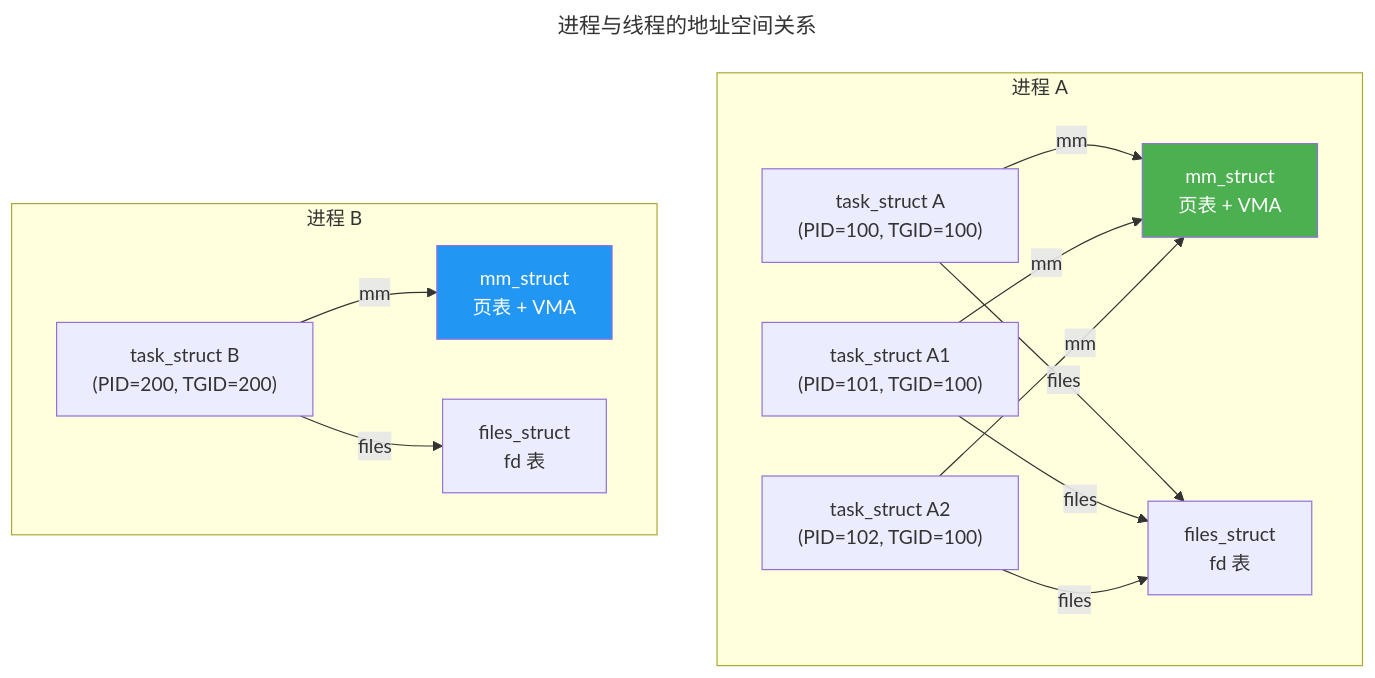
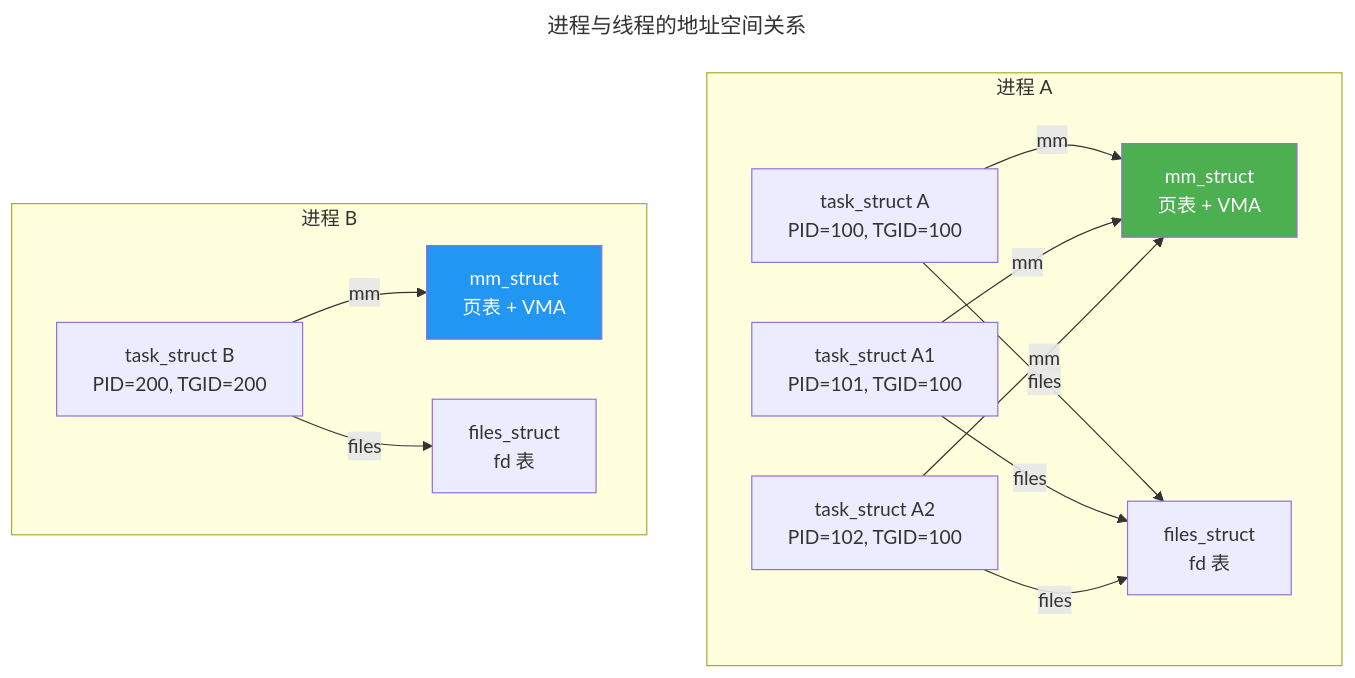
One commit to yadayanxue/silicon-strides changed the first of 2 diagrams in src/content/docs/03-qiankun/01-process-and-thread.md. Above: the diagram before and after it, drawn with Mermaid. The commit also changed other lines of this file and 7 other files, not shown here.

Commit message:
docs: 卷三内容深度补充——8章各加Mermaid图与深层论证

````diff
--- a/src/content/docs/03-qiankun/01-process-and-thread.md
+++ b/src/content/docs/03-qiankun/01-process-and-thread.md
@@ -33,32 +30,31 @@
 ```mermaid
 ---
 title: 进程与线程的地址空间关系
 ---
 graph TD
     subgraph PROC_A["进程 A"]
-        TASK_A["task_struct A<br/>(PID=100, TGID=100)"]
-        TASK_A1["task_struct A1<br/>(PID=101, TGID=100)"]
-        TASK_A2["task_struct A2<br/>(PID=102, TGID=100)"]
+        TASK_A["task_struct A<br/>PID=100, TGID=100"]
+        TASK_A1["task_struct A1<br/>PID=101, TGID=100"]
+        TASK_A2["task_struct A2<br/>PID=102, TGID=100"]
         MM_A["mm_struct<br/>页表 + VMA"]
         FS_A["files_struct<br/>fd 表"]
     end
 
     subgraph PROC_B["进程 B"]
-        TASK_B["task_struct B<br/>(PID=200, TGID=200)"]
+        TASK_B["task_struct B<br/>PID=200, TGID=200"]
         MM_B["mm_struct<br/>页表 + VMA"]
         FS_B["files_struct<br/>fd 表"]
     end
 
     TASK_A -->|"mm"| MM_A
     TASK_A1 -->|"mm"| MM_A
     TASK_A2 -->|"mm"| MM_A
     TASK_A -->|"files"| FS_A
     TASK_A1 -->|"files"| FS_A
     TASK_A2 -->|"files"| FS_A
-
     TASK_B -->|"mm"| MM_B
     TASK_B -->|"files"| FS_B
 
     style MM_A fill:#4caf50,color:#fff
     style MM_B fill:#2196f3,color:#fff
 ```
````
